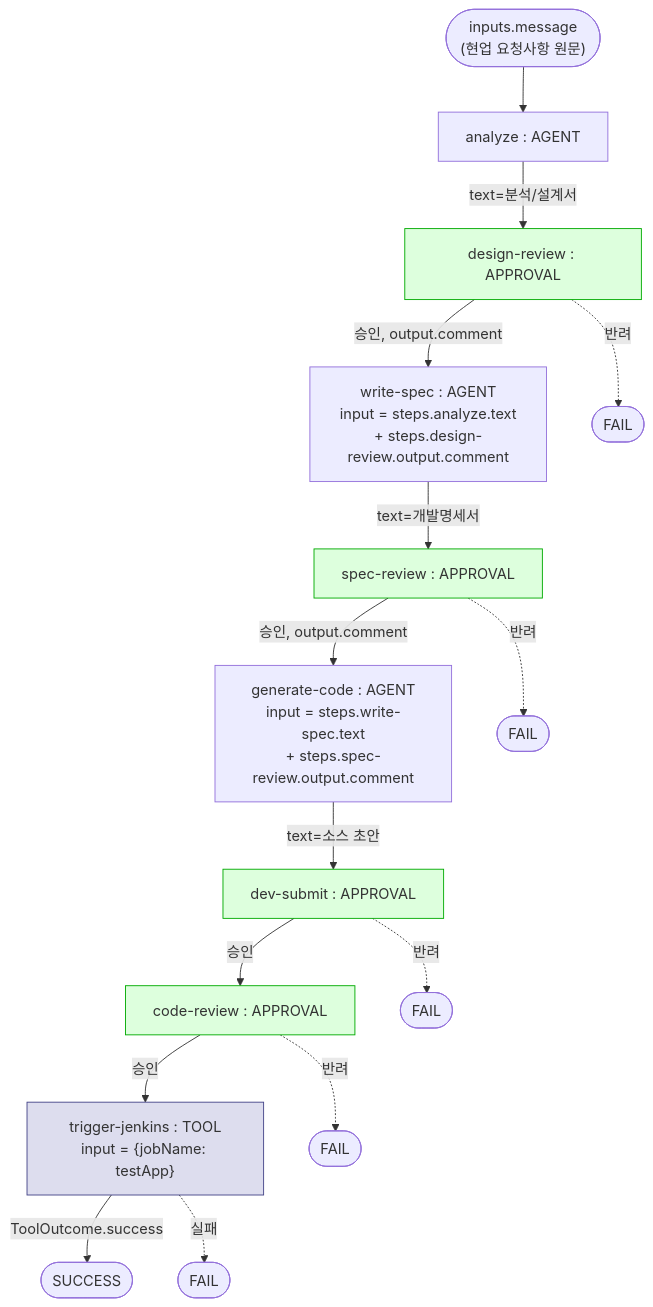
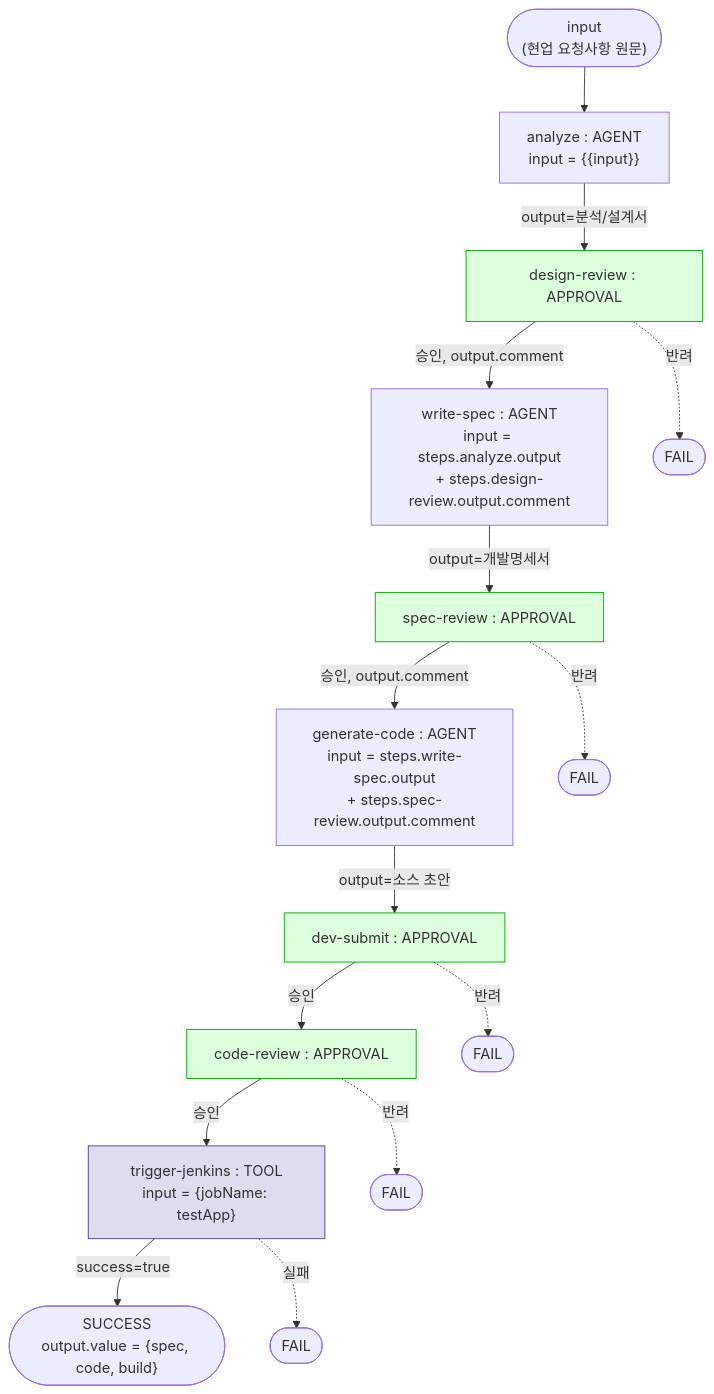
One commit to YongSoekChoeng/dstone changed the ninth of 9 diagrams in docs/09.dstone-ai-engine.md. Above: the diagram before and after it, drawn with Mermaid. The commit also changed other lines of this file and 97 other files, not shown here.

````diff
--- a/docs/09.dstone-ai-engine.md
+++ b/docs/09.dstone-ai-engine.md
@@ -810,23 +818,23 @@
 ```mermaid
 flowchart TD
-    IN(["inputs.message\n(현업 요청사항 원문)"]) --> A1
-    A1["analyze : AGENT"] -->|text=분석/설계서| P1
+    IN(["input\n(현업 요청사항 원문)"]) --> A1
+    A1["analyze : AGENT\ninput = {{input}}"] -->|output=분석/설계서| P1
     P1["design-review : APPROVAL"] -->|승인, output.comment| A2
     P1 -.반려.-> FAIL1(["FAIL"])
-    A2["write-spec : AGENT\ninput = steps.analyze.text\n+ steps.design-review.output.comment"] -->|text=개발명세서| P2
+    A2["write-spec : AGENT\ninput = steps.analyze.output\n+ steps.design-review.output.comment"] -->|output=개발명세서| P2
     P2["spec-review : APPROVAL"] -->|승인, output.comment| A3
     P2 -.반려.-> FAIL2(["FAIL"])
-    A3["generate-code : AGENT\ninput = steps.write-spec.text\n+ steps.spec-review.output.comment"] -->|text=소스 초안| P3
+    A3["generate-code : AGENT\ninput = steps.write-spec.output\n+ steps.spec-review.output.comment"] -->|output=소스 초안| P3
     P3["dev-submit : APPROVAL"] -->|승인| P4
     P3 -.반려.-> FAIL3(["FAIL"])
     P4["code-review : APPROVAL"] -->|승인| T1
     P4 -.반려.-> FAIL4(["FAIL"])
-    T1["trigger-jenkins : TOOL\ninput = {jobName: testApp}"] -->|ToolOutcome.success| SUCCESS(["SUCCESS"])
+    T1["trigger-jenkins : TOOL\ninput = {jobName: testApp}"] -->|success=true| SUCCESS(["SUCCESS\noutput.value = {spec, code, build}"])
     T1 -.실패.-> FAIL5(["FAIL"])
 
     style P1 fill:#dfd,stroke:#0a0
     style P2 fill:#dfd,stroke:#0a0
     style P3 fill:#dfd,stroke:#0a0
     style P4 fill:#dfd,stroke:#0a0
     style T1 fill:#dde,stroke:#448
 ```
````
